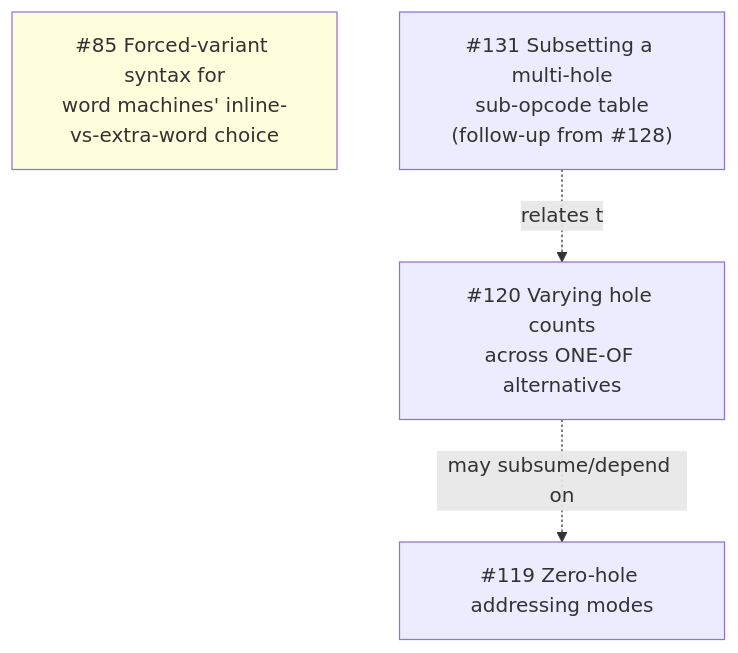
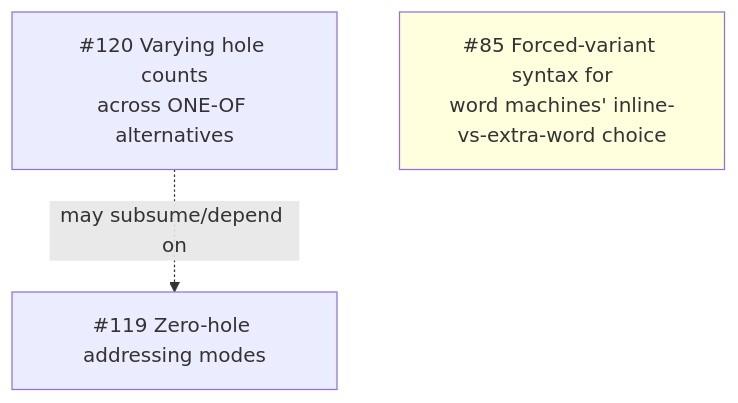
The diagram in docs/tickets.md (takeiteasy/lasm), drawn with Mermaid before and after one commit. The commit also changed other lines of this file and 5 other files, not shown here.

````diff
--- a/docs/tickets.md
+++ b/docs/tickets.md
@@ -20,12 +20,10 @@
 ```mermaid
 graph TD
     T120["#120 Varying hole counts\nacross ONE-OF alternatives"]
     T119["#119 Zero-hole addressing modes"]
     T85["#85 Forced-variant syntax for\nword machines' inline-vs-extra-word choice"]
-    T131["#131 Subsetting a multi-hole\nsub-opcode table\n(follow-up from #128)"]
 
     T120 -.may subsume/depend on.-> T119
-    T131 -.relates to.-> T120
 
     style T85 fill:#ffd
 ```
````
